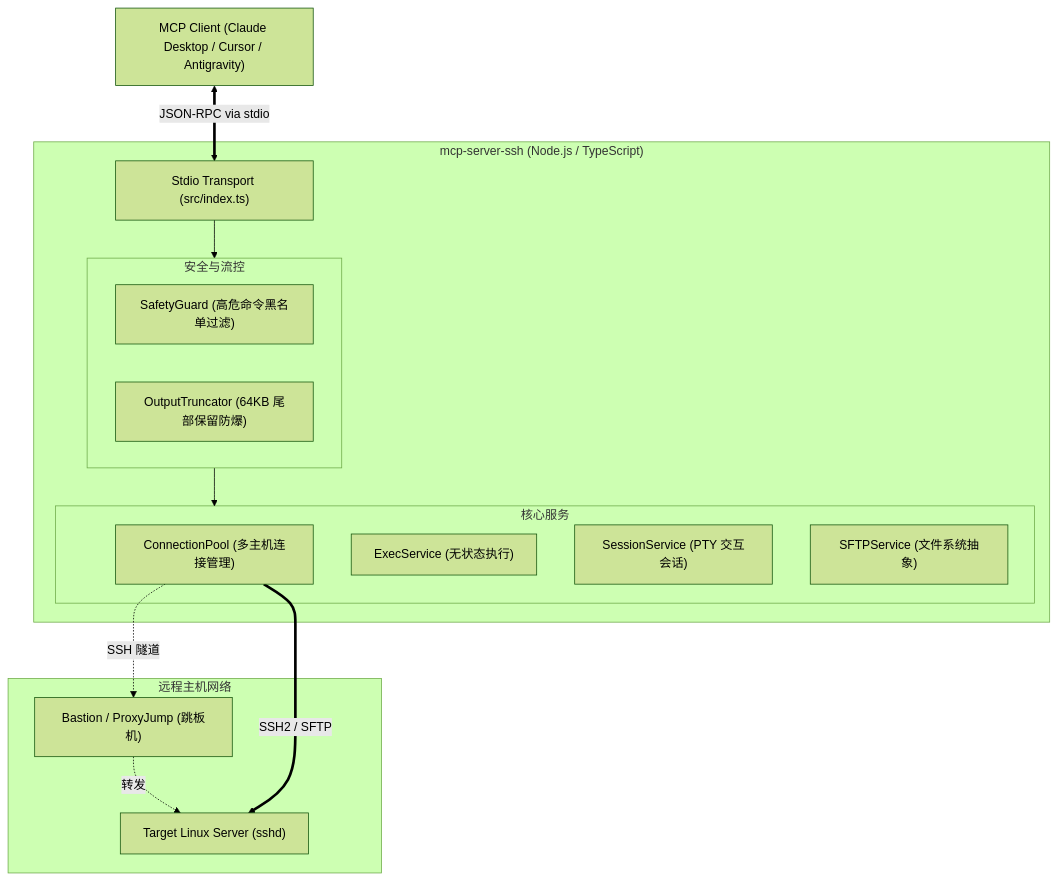
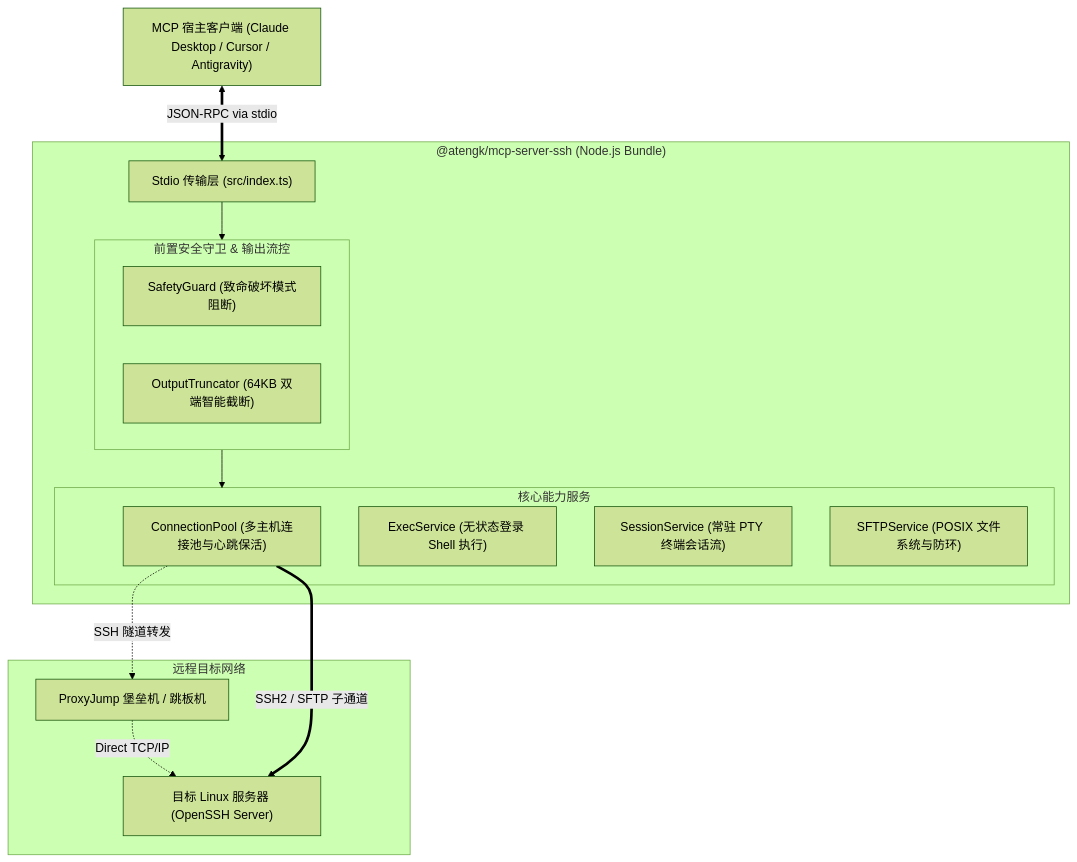
One commit to atengk/mcp-server-ssh changed the diagram in README.md. Above: the diagram before and after it, drawn with Mermaid (forest theme). The commit also changed other lines of this file and 5 other files, not shown here.

````diff
--- a/README.md
+++ b/README.md
@@ -99,32 +245,32 @@
 ```mermaid
 flowchart TD
-    Client["MCP Client (Claude Desktop / Cursor / Antigravity)"]
+    Client["MCP 宿主客户端 (Claude Desktop / Cursor / Antigravity)"]
     
-    subgraph MCP_Server["mcp-server-ssh (Node.js / TypeScript)"]
-        Stdio["Stdio Transport (src/index.ts)"]
+    subgraph MCP_Server["@atengk/mcp-server-ssh (Node.js Bundle)"]
+        Stdio["Stdio 传输层 (src/index.ts)"]
         
-        subgraph Safety_Module["安全与流控"]
-            Guard["SafetyGuard (高危命令黑名单过滤)"]
-            Truncator["OutputTruncator (64KB 尾部保留防爆)"]
+        subgraph Safety_Module["前置安全守卫 & 输出流控"]
+            Guard["SafetyGuard (致命破坏模式阻断)"]
+            Truncator["OutputTruncator (64KB 双端智能截断)"]
         end
         
-        subgraph Services["核心服务"]
-            ConnPool["ConnectionPool (多主机连接管理)"]
-            Exec["ExecService (无状态执行)"]
-            Session["SessionService (PTY 交互会话)"]
-            SFTP["SFTPService (文件系统抽象)"]
+        subgraph Core_Services["核心能力服务"]
+            ConnPool["ConnectionPool (多主机连接池与心跳保活)"]
+            Exec["ExecService (无状态登录 Shell 执行)"]
+            Session["SessionService (常驻 PTY 终端会话流)"]
+            SFTP["SFTPService (POSIX 文件系统与防环)"]
         end
     end
     
-    subgraph Target["远程主机网络"]
-        Jump["Bastion / ProxyJump (跳板机)"]
-        Host["Target Linux Server (sshd)"]
+    subgraph Remote_Network["远程目标网络"]
+        Bastion["ProxyJump 堡垒机 / 跳板机"]
+        LinuxHost["目标 Linux 服务器 (OpenSSH Server)"]
     end
     
     Client <==>|JSON-RPC via stdio| Stdio
     Stdio --> Safety_Module
-    Safety_Module --> Services
-    ConnPool -.->|SSH 隧道| Jump
-    Jump -.->|转发| Host
-    ConnPool ==>|SSH2 / SFTP| Host
+    Safety_Module --> Core_Services
+    ConnPool -.->|SSH 隧道转发| Bastion
+    Bastion -.->|Direct TCP/IP| LinuxHost
+    ConnPool ===>|SSH2 / SFTP 子通道| LinuxHost
 ```
````
